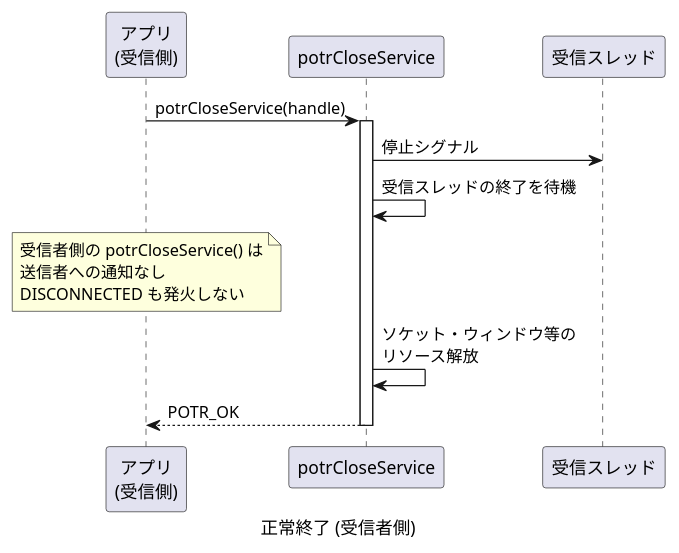
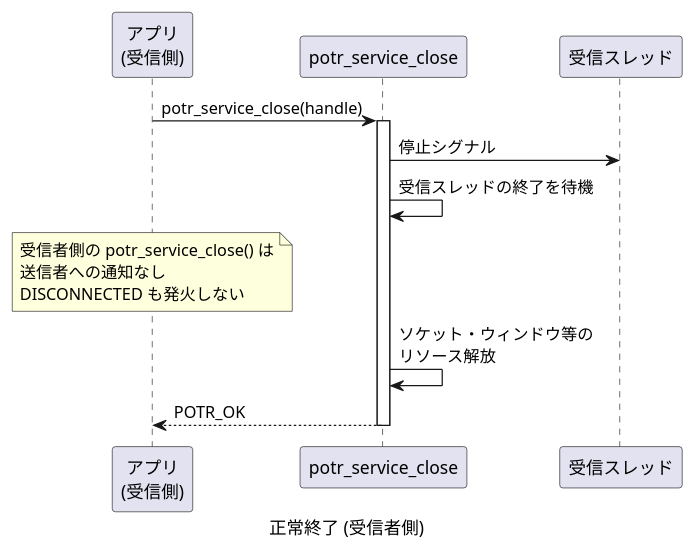
Diagram 14 of 30 in docs/sequence.md (Hondarer/app_porter), drawn with PlantUML before and after one commit. The commit also changed other lines of this file and 148 other files, not shown here.

````diff
--- a/docs/sequence.md
+++ b/docs/sequence.md
@@ -514,23 +514,23 @@
 ```plantuml
 @startuml 正常終了 (受信者側)
 caption 正常終了 (受信者側)
 
 participant "アプリ\n(受信側)" as RAPP
-participant "potrCloseService" as CLOSE
+participant "potr_service_close" as CLOSE
 participant "受信スレッド" as RT
 
-RAPP -> CLOSE: potrCloseService(handle)
+RAPP -> CLOSE: potr_service_close(handle)
 activate CLOSE
 
 CLOSE -> RT: 停止シグナル
 CLOSE -> CLOSE: 受信スレッドの終了を待機
 
-note over RAPP: 受信者側の potrCloseService() は\n送信者への通知なし\nDISCONNECTED も発火しない
+note over RAPP: 受信者側の potr_service_close() は\n送信者への通知なし\nDISCONNECTED も発火しない
 
 CLOSE -> CLOSE: ソケット・ウィンドウ等の\nリソース解放
 
 CLOSE --> RAPP: POTR_OK
 deactivate CLOSE
 
 @enduml
 ```
````
